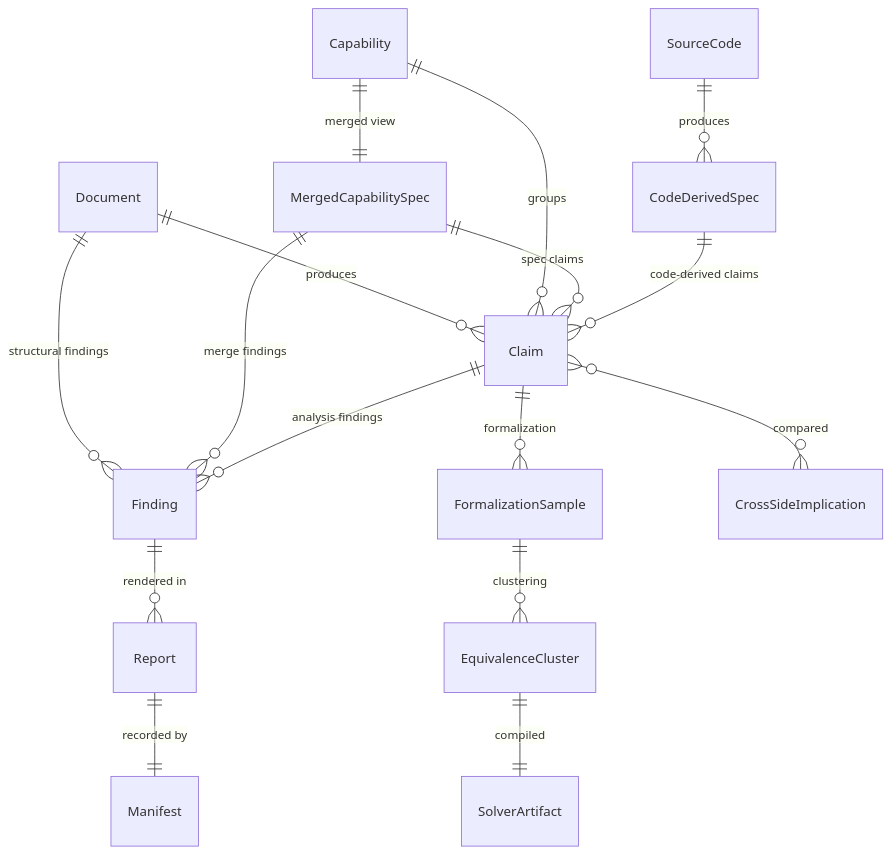
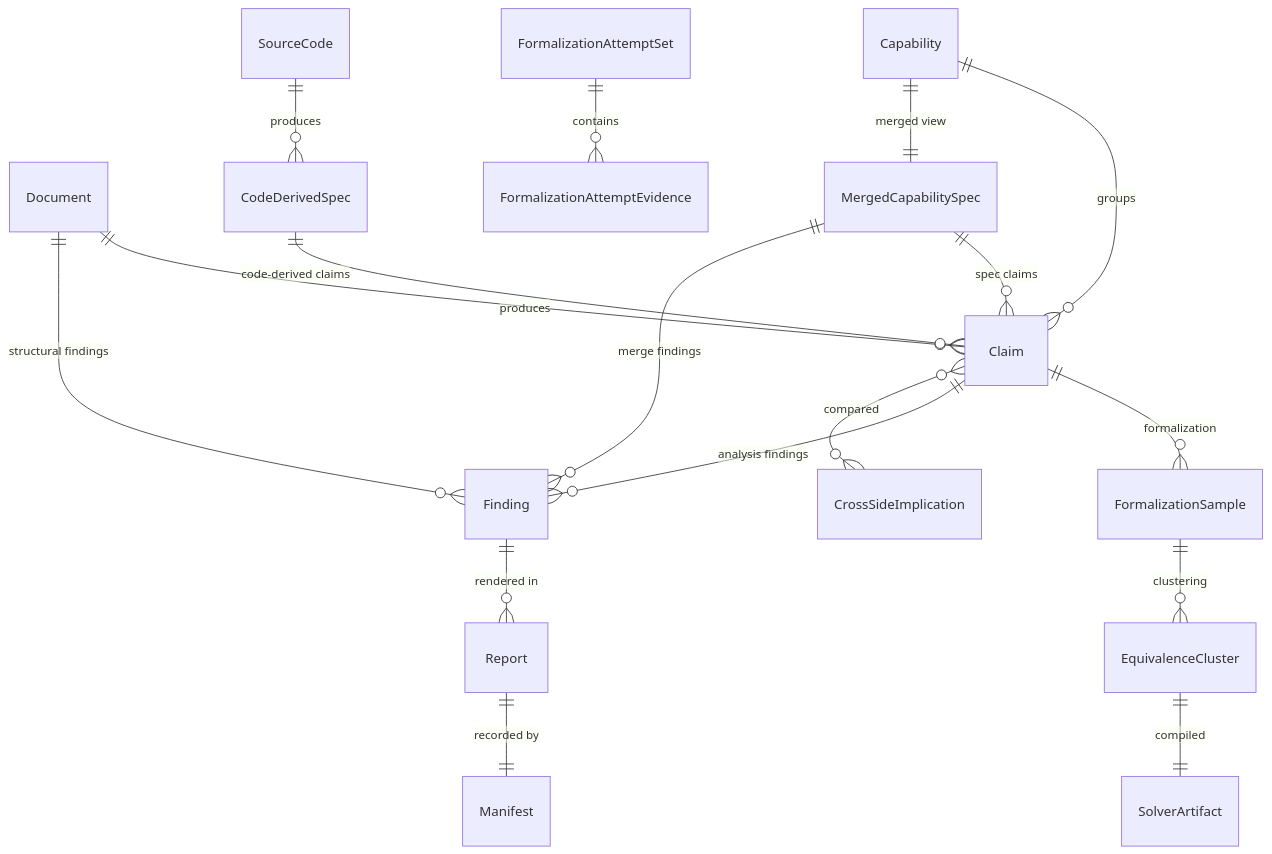
Before and after one commit to ohpauleez/spec-check: the third of 13 diagrams in docs/design.md, drawn with Mermaid. The commit also changed other lines of this file and 44 other files, not shown here.

````diff
--- a/docs/design.md
+++ b/docs/design.md
@@ -339,18 +339,19 @@
 ```mermaid
 erDiagram
     Document ||--o{ Claim : produces
     Document ||--o{ Finding : "structural findings"
     Capability ||--o{ Claim : groups
     Capability ||--|| MergedCapabilitySpec : "merged view"
     MergedCapabilitySpec ||--o{ Claim : "spec claims"
     MergedCapabilitySpec ||--o{ Finding : "merge findings"
     Claim ||--o{ FormalizationSample : "formalization"
+    FormalizationAttemptSet ||--o{ FormalizationAttemptEvidence : contains
     FormalizationSample ||--o{ EquivalenceCluster : "clustering"
     EquivalenceCluster ||--|| SolverArtifact : "compiled"
     Claim ||--o{ Finding : "analysis findings"
     Finding ||--o{ Report : "rendered in"
     Report ||--|| Manifest : "recorded by"
     SourceCode ||--o{ CodeDerivedSpec : produces
     CodeDerivedSpec ||--o{ Claim : "code-derived claims"
     Claim }o--o{ CrossSideImplication : compared
 ```
````
